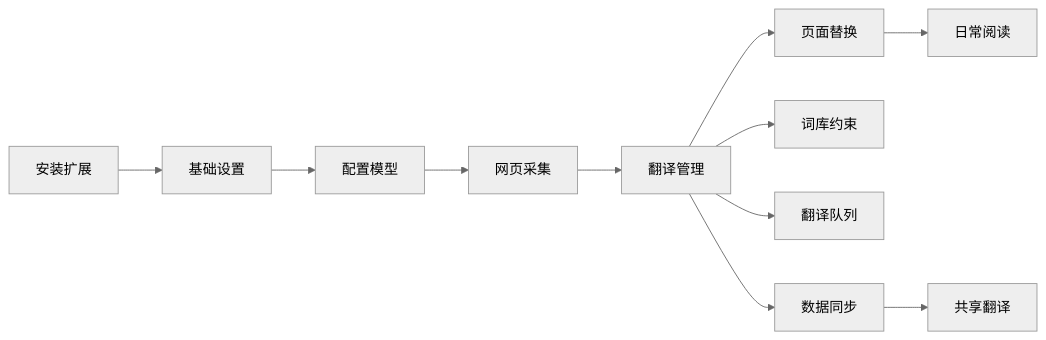
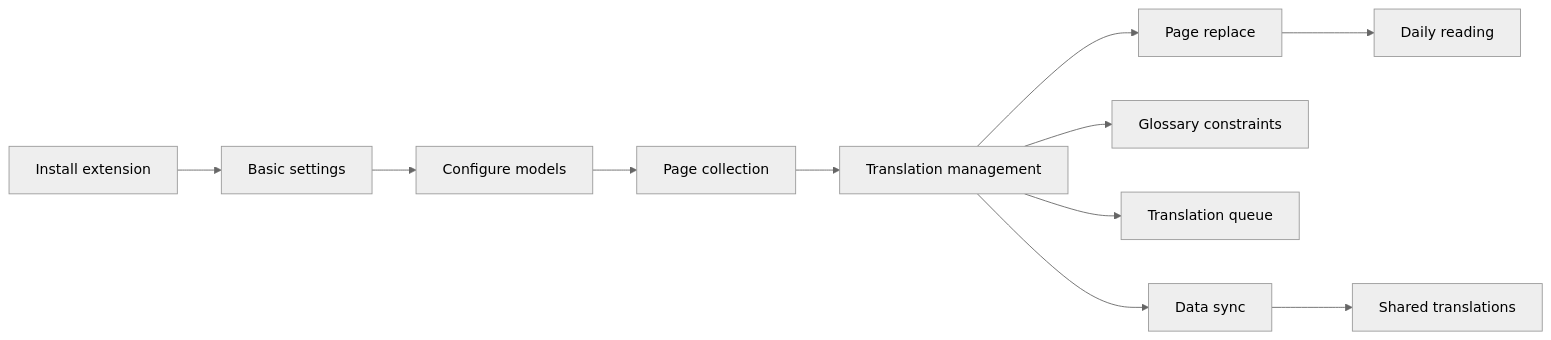
One commit to houguang/layerai-docs changed the diagram in journey/product-map.mdx. Above: the diagram before and after it, drawn with Mermaid (neutral theme). The commit also changed other lines of this file and 69 other files, not shown here.

````diff
--- a/journey/product-map.mdx
+++ b/journey/product-map.mdx
@@ -9,13 +9,13 @@
 ```mermaid
 flowchart LR
-  install[安装扩展] --> settings[基础设置]
-  settings --> models[配置模型]
-  models --> collect[网页采集]
-  collect --> translate[翻译管理]
-  translate --> replace[页面替换]
-  replace --> use[日常阅读]
-  translate --> glossary[词库约束]
-  translate --> queue[翻译队列]
-  translate --> sync[数据同步]
-  sync --> shared[共享翻译]
+  install[Install extension] --> settings[Basic settings]
+  settings --> models[Configure models]
+  models --> collect[Page collection]
+  collect --> translate[Translation management]
+  translate --> replace[Page replace]
+  replace --> use[Daily reading]
+  translate --> glossary[Glossary constraints]
+  translate --> queue[Translation queue]
+  translate --> sync[Data sync]
+  sync --> shared[Shared translations]
 ```
````
